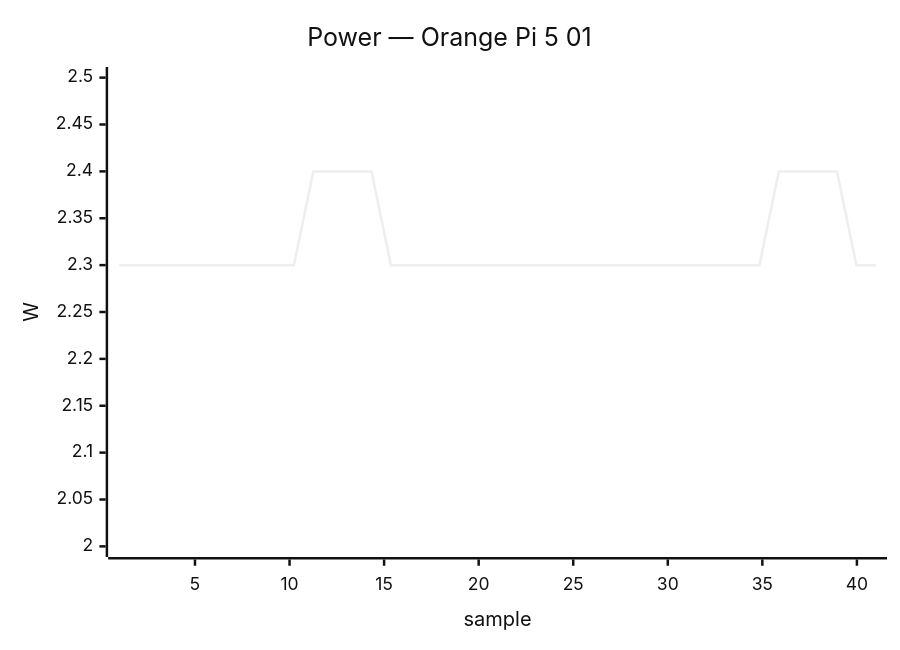
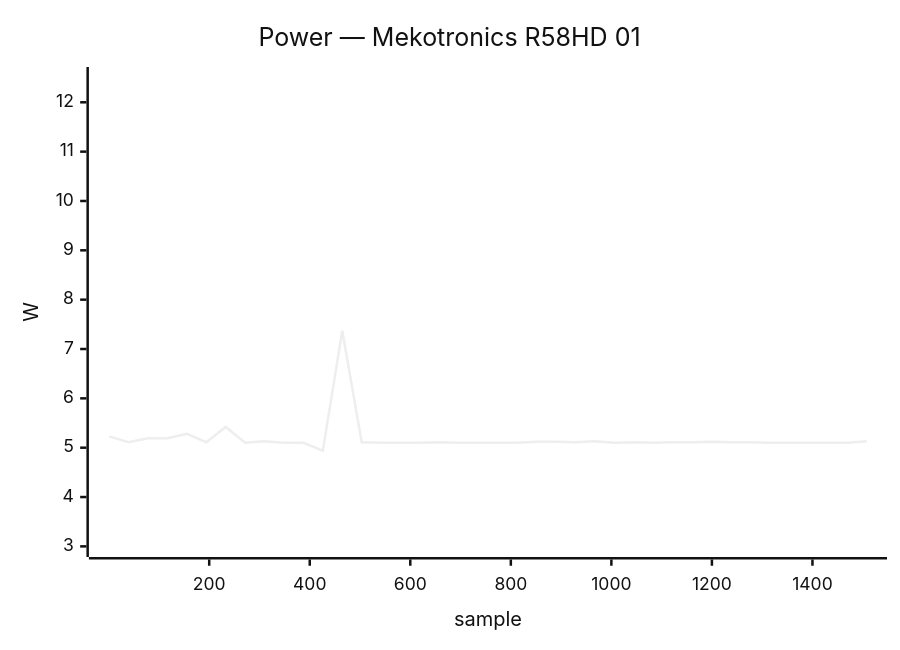
One commit to armbian/documentation changed the second of 40 diagrams in docs/status/board-tests.md. Above: the diagram before and after it, drawn with Mermaid (neutral theme). The commit also changed other lines of this file, not shown here.

````diff
--- a/docs/status/board-tests.md
+++ b/docs/status/board-tests.md
@@ -94,7 +91,7 @@
 ```mermaid
 xychart-beta
-    title "Power — Orange Pi 5 01"
-    x-axis "sample" 1 --> 41
-    y-axis "W" 2.0 --> 2.5
-    line [2.30, 2.30, 2.30, 2.30, 2.30, 2.30, 2.30, 2.30, 2.30, 2.30, 2.40, 2.40, 2.40, 2.40, 2.30, 2.30, 2.30, 2.30, 2.30, 2.30, 2.30, 2.30, 2.30, 2.30, 2.30, 2.30, 2.30, 2.30, 2.30, 2.30, 2.30, 2.30, 2.30, 2.30, 2.40, 2.40, 2.40, 2.40, 2.30, 2.30]
+    title "Power — Mekotronics R58HD 01"
+    x-axis "sample" 1 --> 1508
+    y-axis "W" 3.0 --> 12.5
+    line [5.23, 5.11, 5.19, 5.19, 5.28, 5.11, 5.42, 5.10, 5.13, 5.10, 5.10, 4.94, 7.37, 5.11, 5.10, 5.10, 5.10, 5.11, 5.10, 5.10, 5.10, 5.10, 5.12, 5.12, 5.11, 5.13, 5.10, 5.11, 5.10, 5.11, 5.11, 5.12, 5.11, 5.11, 5.10, 5.10, 5.10, 5.10, 5.10, 5.13]
 ```
````
